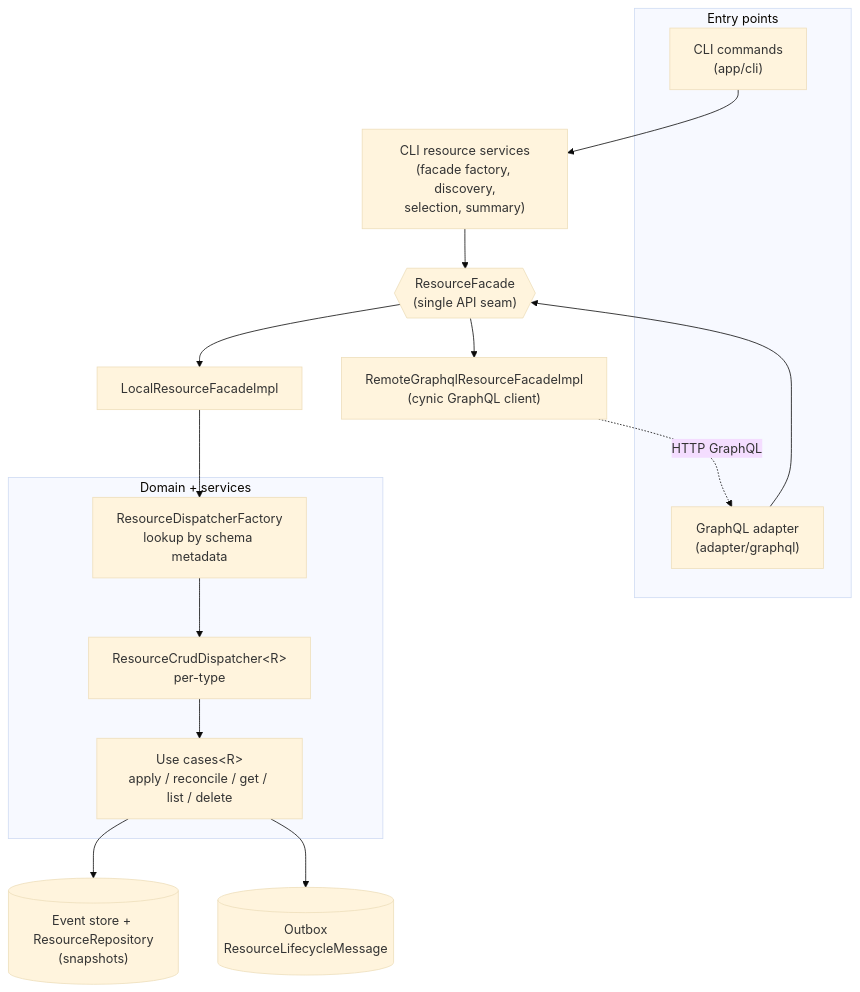
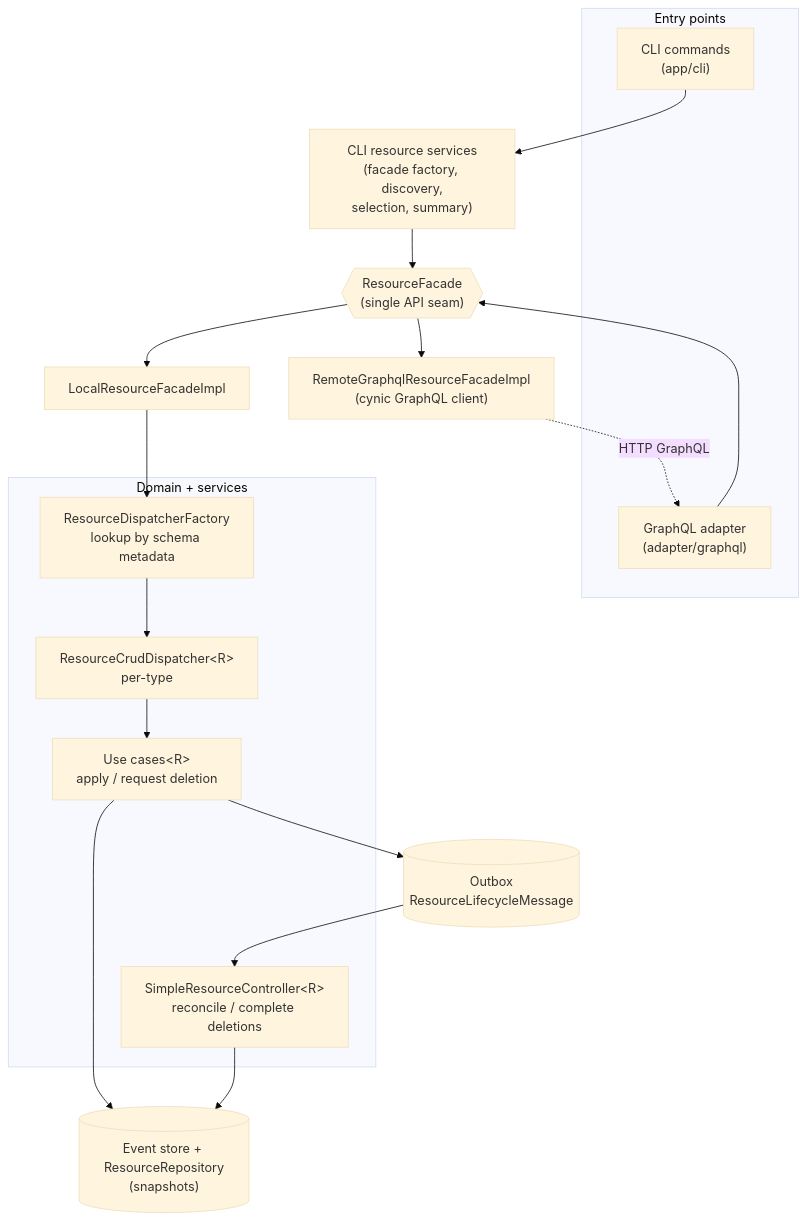
The first of 6 diagrams in docs/internal/resources-framework.md (kamu-data/kamu-cli), drawn with Mermaid (base theme) before and after one commit. The commit also changed other lines of this file and 19 other files, not shown here.

````diff
--- a/docs/internal/resources-framework.md
+++ b/docs/internal/resources-framework.md
@@ -211,30 +211,32 @@
 ```mermaid
 flowchart TD
     subgraph adapters["Entry points"]
       CLI["CLI commands<br/>(app/cli)"]
       GQL["GraphQL adapter<br/>(adapter/graphql)"]
     end
 
     CLISVC["CLI resource services<br/>(facade factory, discovery,<br/>selection, summary)"]
     FACADE{{"ResourceFacade<br/>(single API seam)"}}
     LOCAL["LocalResourceFacadeImpl"]
     REMOTE["RemoteGraphqlResourceFacadeImpl<br/>(cynic GraphQL client)"]
 
     subgraph domain["Domain + services"]
       REG["ResourceDispatcherFactory<br/>lookup by schema metadata"]
       DISP["ResourceCrudDispatcher&lt;R&gt;<br/>per-type"]
-      UC["Use cases&lt;R&gt;<br/>apply / reconcile / get / list / delete"]
+      UC["Use cases&lt;R&gt;<br/>apply / request deletion"]
+      CTL["SimpleResourceController&lt;R&gt;<br/>reconcile / complete deletions"]
     end
 
     STORE[("Event store + ResourceRepository<br/>(snapshots)")]
     OUTBOX[("Outbox<br/>ResourceLifecycleMessage")]
 
     CLI --> CLISVC --> FACADE
     GQL --> FACADE
     FACADE --> LOCAL
     FACADE --> REMOTE
     REMOTE -.HTTP GraphQL.-> GQL
     LOCAL --> REG --> DISP --> UC
     UC --> STORE
     UC --> OUTBOX
+    OUTBOX --> CTL --> STORE
 ```
````
